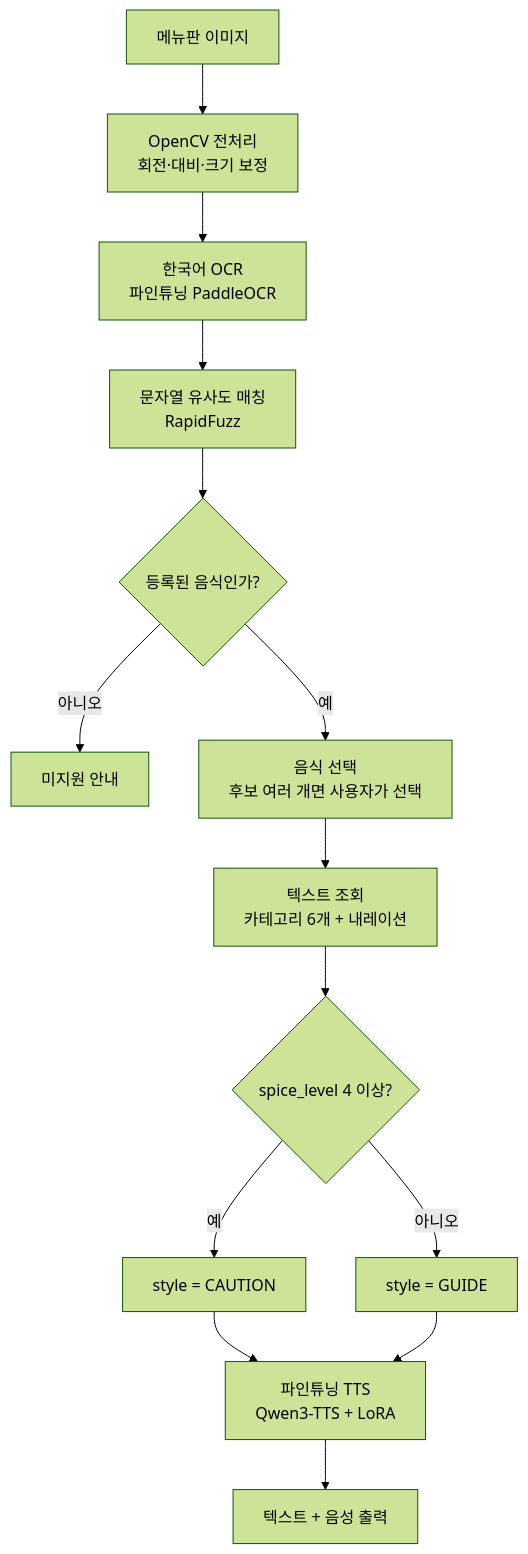
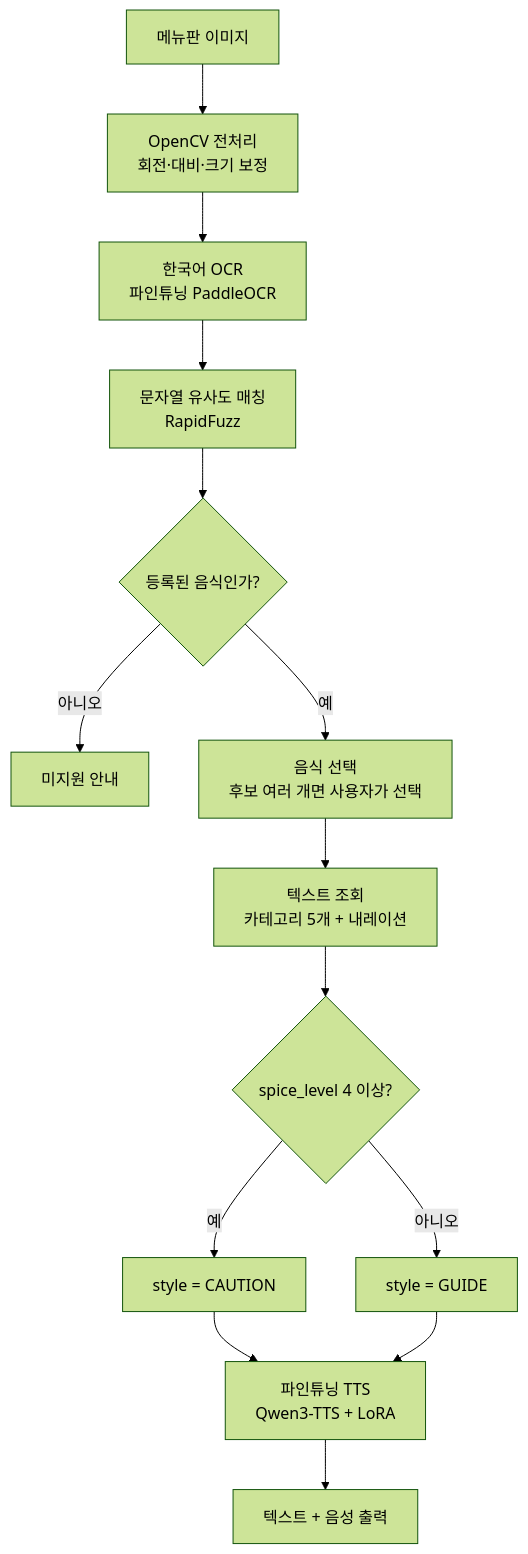
Before and after one commit to HJU5022/K_Menu_Voice_Guide: the second of 8 diagrams in docs/기획서.md, drawn with Mermaid (forest theme). The commit also changed other lines of this file, not shown here.

````diff
--- a/docs/기획서.md
+++ b/docs/기획서.md
@@ -97,16 +97,16 @@
 ```mermaid
 flowchart TD
     A[메뉴판 이미지] --> B[OpenCV 전처리<br/>회전·대비·크기 보정]
     B --> C[한국어 OCR<br/>파인튜닝 PaddleOCR]
     C --> D[문자열 유사도 매칭<br/>RapidFuzz]
     D --> E{등록된 음식인가?}
     E -->|아니오| X[미지원 안내]
     E -->|예| F[음식 선택<br/>후보 여러 개면 사용자가 선택]
-    F --> G[텍스트 조회<br/>카테고리 6개 + 내레이션]
+    F --> G[텍스트 조회<br/>카테고리 5개 + 내레이션]
     G --> H{spice_level 4 이상?}
     H -->|예| I1[style = CAUTION]
     H -->|아니오| I2[style = GUIDE]
     I1 --> J[파인튜닝 TTS<br/>Qwen3-TTS + LoRA]
     I2 --> J
     J --> K[텍스트 + 음성 출력]
 ```
````
